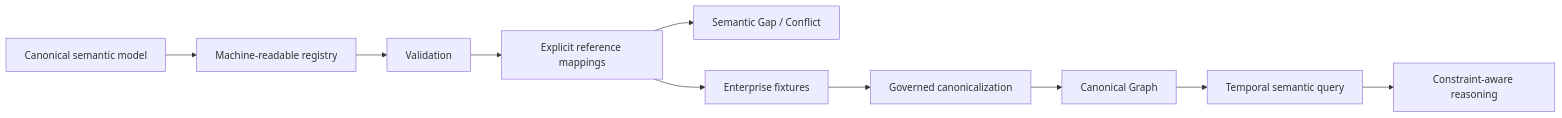
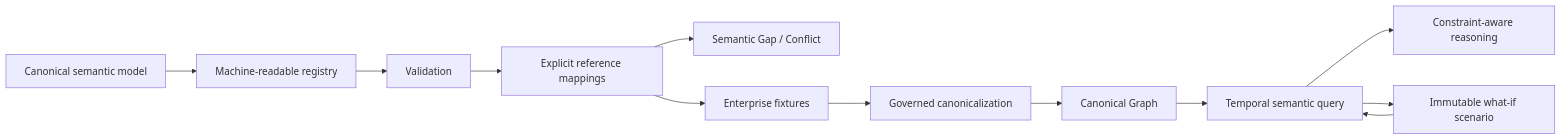
The second of 2 diagrams in docs/README.md (miumigy/scm-ontology), drawn with Mermaid before and after one commit. The commit also changed other lines of this file, not shown here.

Commit message:
docs(s320): index scenario overlay contract

````diff
--- a/docs/README.md
+++ b/docs/README.md
@@ -39,12 +40,14 @@
 ```mermaid
 flowchart LR
     MODEL[Canonical semantic model] --> REG[Machine-readable registry]
     REG --> VALIDATE[Validation]
     VALIDATE --> MAP[Explicit reference mappings]
     MAP --> GAP[Semantic Gap / Conflict]
     MAP --> FIX[Enterprise fixtures]
     FIX --> CAN[Governed canonicalization]
     CAN --> GRAPH[Canonical Graph]
     GRAPH --> TEMP[Temporal semantic query]
     TEMP --> REASON[Constraint-aware reasoning]
+    TEMP --> SCENARIO[Immutable what-if scenario]
+    SCENARIO --> TEMP
 ```
````
